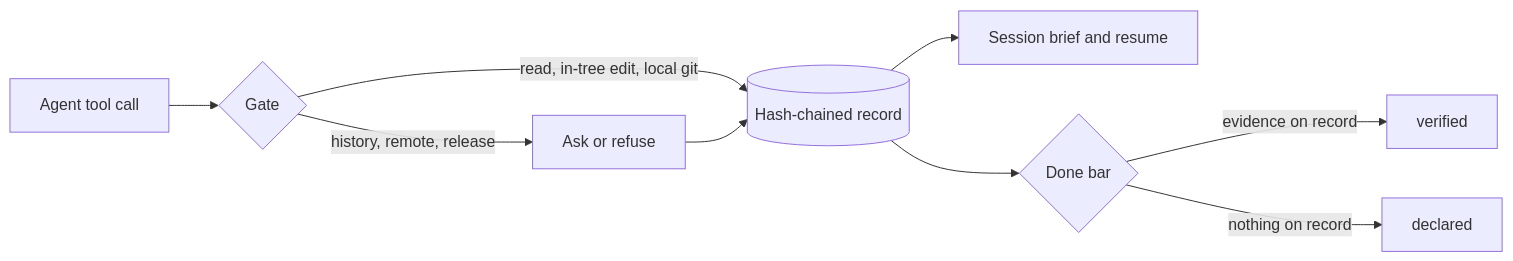
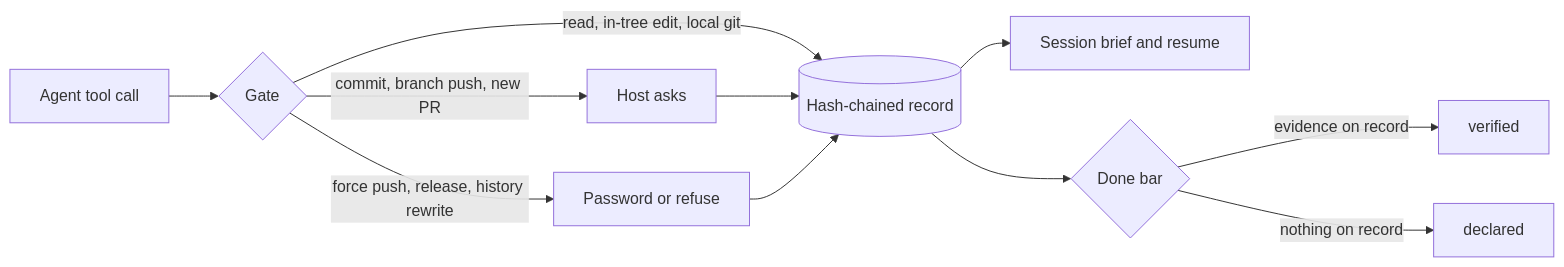
Before and after one commit to AIimagined/Godmode: the diagram in README.md, drawn with Mermaid. The commit also changed other lines of this file and 23 other files, not shown here.

````diff
--- a/README.md
+++ b/README.md
@@ -254,11 +254,13 @@
 ```mermaid
 flowchart LR
     A[Agent tool call] --> G{Gate}
     G -- "read, in-tree edit, local git" --> R[(Hash-chained record)]
-    G -- "history, remote, release" --> Q[Ask or refuse]
+    G -- "commit, branch push, new PR" --> H[Host asks]
+    G -- "force push, release, history rewrite" --> Q[Password or refuse]
+    H --> R
     Q --> R
     R --> B[Session brief and resume]
     R --> D{Done bar}
     D -- "evidence on record" --> V[verified]
     D -- "nothing on record" --> X[declared]
 ```
````
